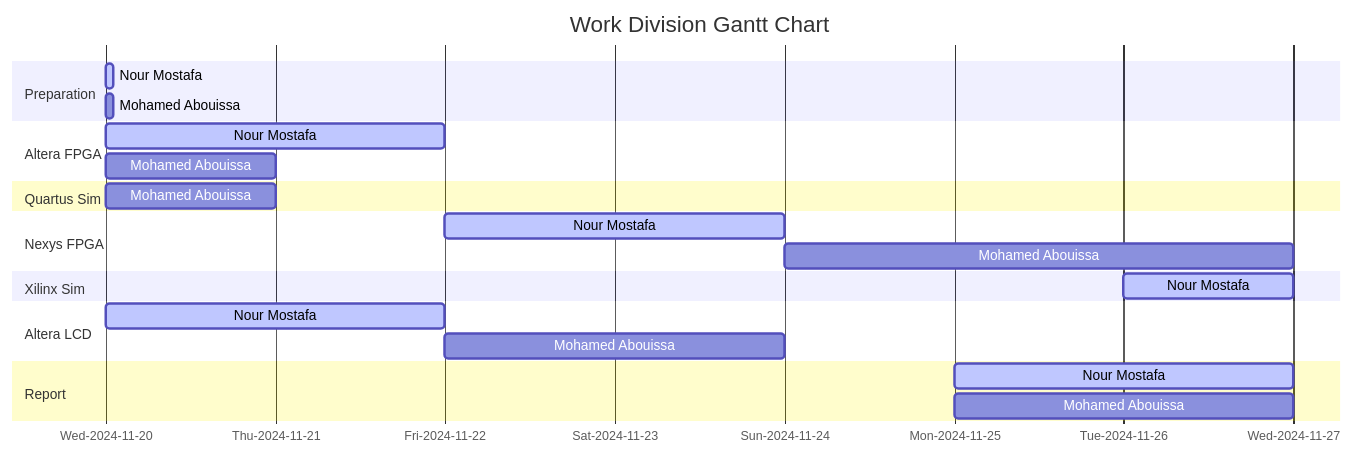
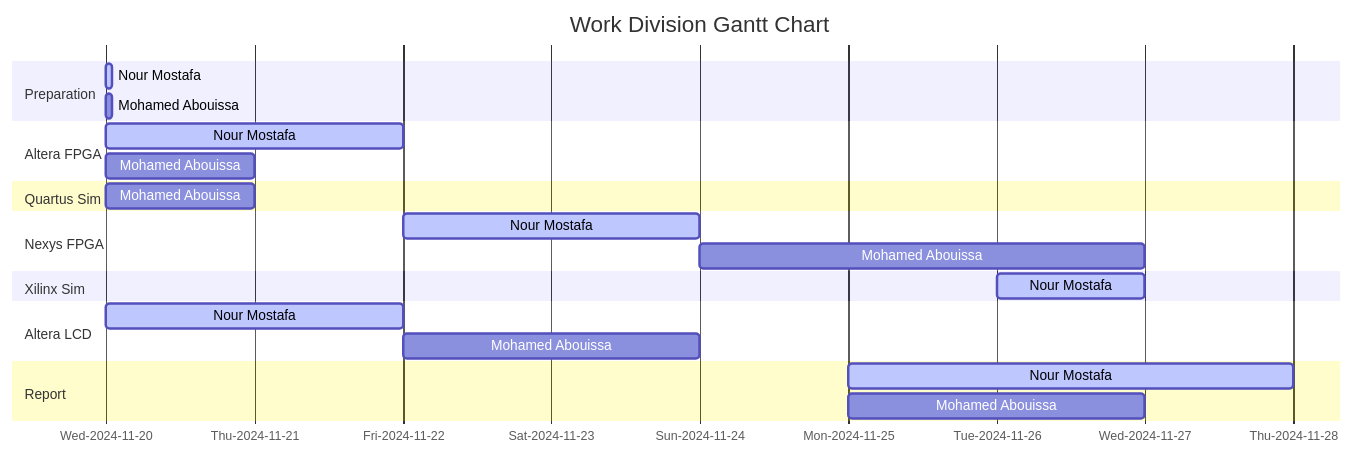
Before and after one commit to MONO-1223/AURAK-CENG336-ComputerArchitectureLab: the diagram in Project/README.md, drawn with Mermaid. The commit also changed other lines of this file, not shown here.

````diff
--- a/Project/README.md
+++ b/Project/README.md
@@ -834,26 +834,26 @@
 ```mermaid
 gantt
     title Work Division Gantt Chart
     tickInterval 1day
     todayMarker off
     axisFormat %a-%Y-%m-%d
     section Preparation         
         Nour Mostafa : active, 2024-11-20 00:00, 01h
         Mohamed Abouissa : 2024-11-20 00:00, 01h
     section Altera FPGA
         Nour Mostafa : active,2024-11-20 00:00, 2d     
         Mohamed Abouissa : 2024-11-20 00:00, 1d
     section Quartus Sim   
         Mohamed Abouissa : 2024-11-20 00:00, 1d
     section Nexys FPGA      
         Nour Mostafa : active,2024-11-22 00:00, 2d
         Mohamed Abouissa : 2024-11-24 00:00, 3d
     section Xilinx Sim
         Nour Mostafa : active,2024-11-26 00:00, 1d
     section Altera LCD
         Nour Mostafa : active,2024-11-20 00:00, 2d
         Mohamed Abouissa : 2024-11-22 00:00, 2d
     section Report
-        Nour Mostafa : active,2024-11-25 00:00, 2d
+        Nour Mostafa : active,2024-11-25 00:00, 3d
         Mohamed Abouissa : 2024-11-25 00:00, 2d
 ```
````
